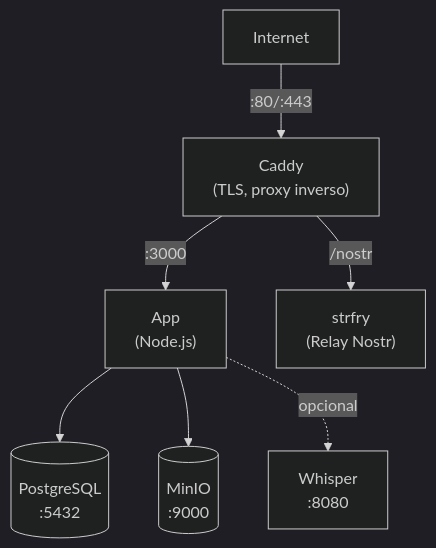
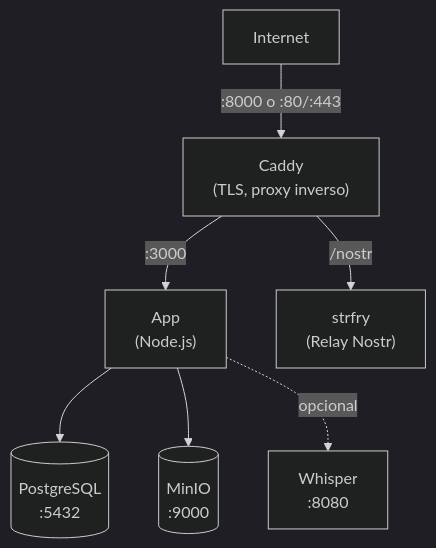
The diagram in site/src/content/docs/es/deploy-docker.md (rhonda-rodododo/llamenos-hotline), drawn with Mermaid (dark theme) before and after one commit. The commit also changed other lines of this file and 7 other files, not shown here.

````diff
--- a/site/src/content/docs/es/deploy-docker.md
+++ b/site/src/content/docs/es/deploy-docker.md
@@ -258,9 +258,9 @@
 ```mermaid
 flowchart TD
-    Internet -->|":80/:443"| Caddy["Caddy<br/>(TLS, proxy inverso)"]
+    Internet -->|":8000 o :80/:443"| Caddy["Caddy<br/>(TLS, proxy inverso)"]
     Caddy -->|":3000"| App["App<br/>(Node.js)"]
     Caddy -->|"/nostr"| Strfry["strfry<br/>(Relay Nostr)"]
     App --> PostgreSQL[("PostgreSQL<br/>:5432")]
     App --> MinIO[("MinIO<br/>:9000")]
     App -.->|"opcional"| Whisper["Whisper<br/>:8080"]
 ```
````
